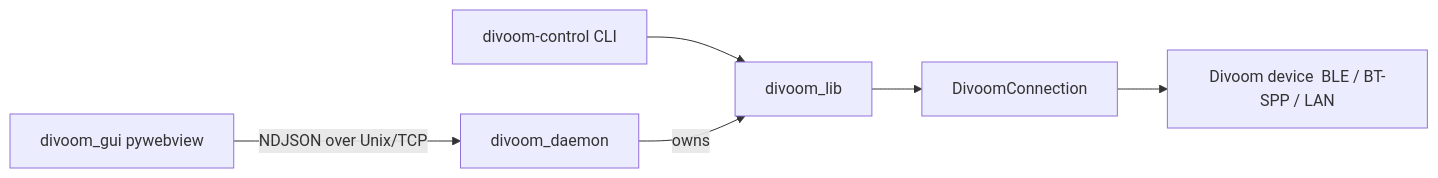
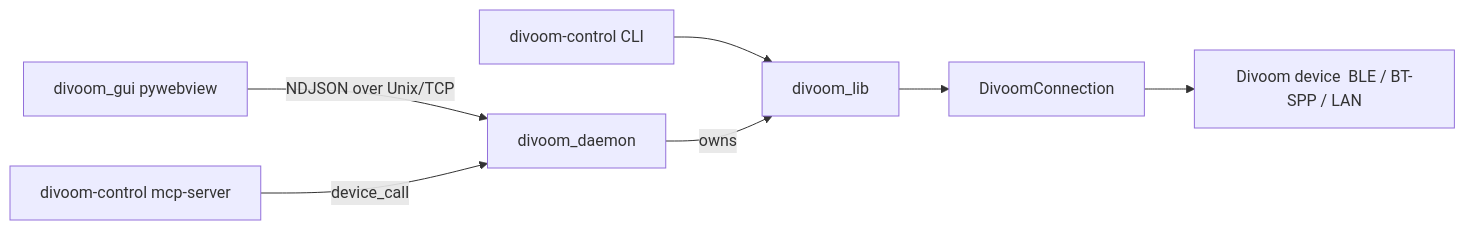
Before and after one commit to ztomer/divoom_lib: the first of 2 diagrams in ARCHITECTURE.md, drawn with Mermaid. The commit also changed other lines of this file and 4 other files, not shown here.

First line of the commit message:
docs: R28 handover — planning doc, architecture, MCP, index, handoff

````diff
--- a/ARCHITECTURE.md
+++ b/ARCHITECTURE.md
@@ -25,8 +29,9 @@
 ```mermaid
 graph LR
     GUI[divoom_gui pywebview] -- NDJSON over Unix/TCP --> Daemon[divoom_daemon]
+    MCP[divoom-control mcp-server] -- device_call --> Daemon
     CLI[divoom-control CLI] --> Lib[divoom_lib]
     Daemon -- owns --> Lib
     Lib --> Conn[DivoomConnection]
     Conn --> Dev[Divoom device  BLE / BT-SPP / LAN]
 ```
````
